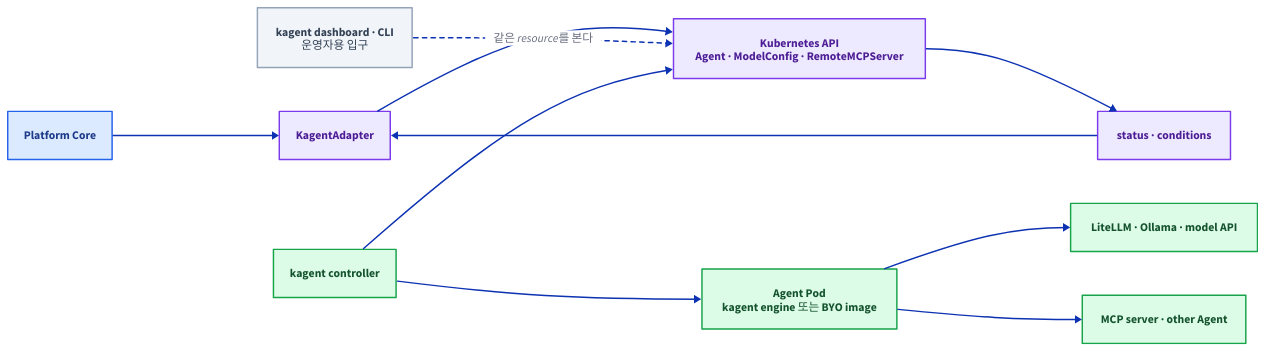
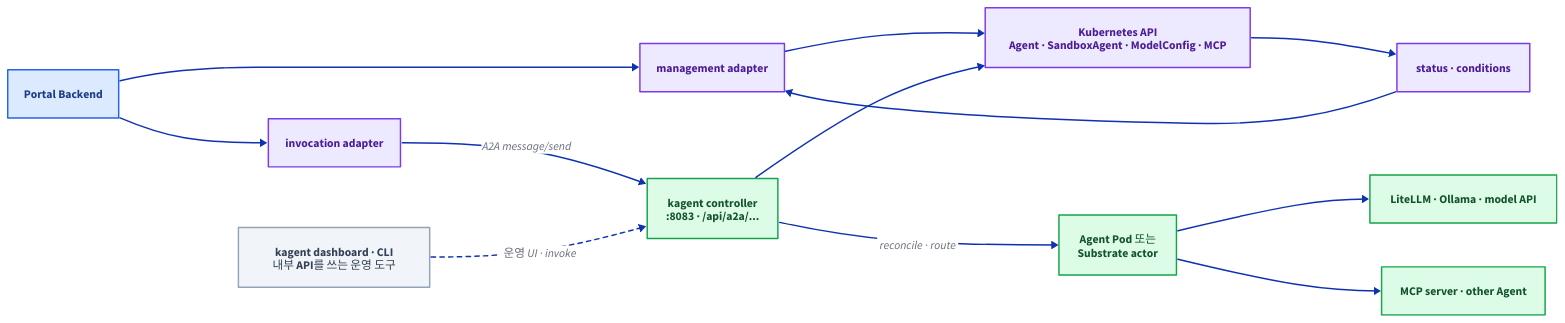
Before and after one commit to mechurak/study-starlight: the diagram in src/content/docs/agent-platform/08-kagent-architecture.mdx, drawn with D2. The commit also changed other lines of this file and 24 other files, not shown here.

Commit message:
Expand kagent lab with backend and Substrate exercises

````diff
--- a/src/content/docs/agent-platform/08-kagent-architecture.mdx
+++ b/src/content/docs/agent-platform/08-kagent-architecture.mdx
@@ -30,54 +30,57 @@
-```d2 layout=elk pad=40 title="Platform Core가 KagentAdapter를 거쳐 Kubernetes API에 Agent resource를 만들고, kagent controller가 Pod를 실행하며 status가 adapter로 돌아오는 흐름"
+```d2 layout=elk pad=40 title="Portal Backend의 관리 adapter는 Kubernetes API에 resource를 선언하고 invocation adapter는 kagent controller 8083의 A2A route를 호출하는 두 경로"
 direction: right
 
 classes: {
   key: {
     style: {
       fill: "#dbeafe"
       stroke: "#2563eb"
       font-color: "#1e3a8a"
     }
   }
   zone: {
     style: {
       fill: "#ede9fe"
       stroke: "#7c3aed"
       font-color: "#4c1d95"
     }
   }
   ok: {
     style: {
       fill: "#dcfce7"
       stroke: "#16a34a"
       font-color: "#14532d"
     }
   }
   mute: {
     style: {
       fill: "#f1f5f9"
       stroke: "#94a3b8"
       font-color: "#334155"
     }
   }
 }
 
-portal: "Platform Core" { class: key }
-adapter: "KagentAdapter" { class: zone }
-api: "Kubernetes API\nAgent · ModelConfig · RemoteMCPServer" { class: zone }
+portal: "Portal Backend" { class: key }
+adapter: "management adapter" { class: zone }
+invoker: "invocation adapter" { class: zone }
+api: "Kubernetes API\nAgent · SandboxAgent · ModelConfig · MCP" { class: zone }
 status: "status · conditions" { class: zone }
-ctrl: "kagent controller" { class: ok }
-pod: "Agent Pod\nkagent engine 또는 BYO image" { class: ok }
+ctrl: "kagent controller\n:8083 · /api/a2a/..." { class: ok }
+runtime: "Agent Pod 또는\nSubstrate actor" { class: ok }
 model: "LiteLLM · Ollama · model API" { class: ok }
 mcp: "MCP server · other Agent" { class: ok }
-ui: "kagent dashboard · CLI\n운영자용 입구" { class: mute }
+ops: "kagent dashboard · CLI\n내부 API를 쓰는 운영 도구" { class: mute }
 
 portal -> adapter
 adapter -> api
-ui -> api: "같은 resource를 본다" { style.stroke-dash: 3 }
+portal -> invoker
+invoker -> ctrl: "A2A message/send"
+ops -> ctrl: "운영 UI · invoke" { style.stroke-dash: 3 }
 ctrl -> api
-ctrl -> pod
-pod -> model
-pod -> mcp
+ctrl -> runtime: "reconcile · route"
+runtime -> model
+runtime -> mcp
 api -> status
 status -> adapter
 ```
````
